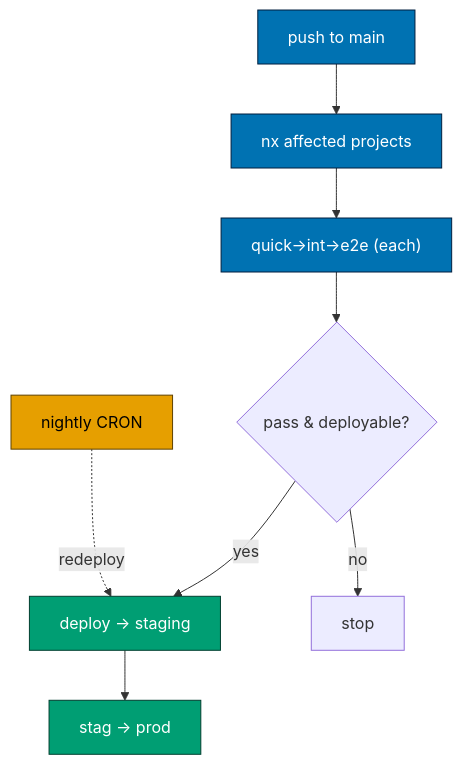
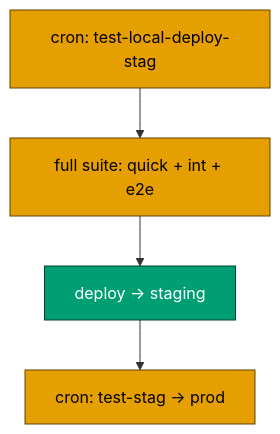
The third of 8 diagrams in plans/in-progress/standardize-rhino-cli-sdlc-parity/tech-docs.md (wahidyankf/baseerah), drawn with Mermaid before and after one commit. The commit also changed other lines of this file and 4 other files, not shown here.

````diff
--- a/plans/in-progress/standardize-rhino-cli-sdlc-parity/tech-docs.md
+++ b/plans/in-progress/standardize-rhino-cli-sdlc-parity/tech-docs.md
@@ -381,17 +472,11 @@
 ```mermaid
 flowchart TD
-    M[push to main] --> AF[nx affected projects]
-    AF --> J["quick→int→e2e (each)"]
-    J --> D{pass & deployable?}
-    D -- yes --> S[deploy → staging]
-    D -- no --> X[stop]
-    CR[nightly CRON] -.redeploy.-> S
-    S --> PR2[stag → prod]
+    CR["cron: test-local-deploy-stag"] --> FULL["full suite: quick + int + e2e"]
+    FULL --> S[deploy → staging]
+    S --> P["cron: test-stag → prod"]
 
-    classDef merge fill:#0072B2,color:#ffffff,stroke:#001f3f
+    classDef cron fill:#E69F00,color:#000000,stroke:#5f4200
     classDef deploy fill:#009E73,color:#ffffff,stroke:#003f2f
-    classDef cron fill:#E69F00,color:#000000,stroke:#5f4200
-    class M,AF,J merge
-    class S,PR2 deploy
-    class CR cron
+    class CR,FULL,P cron
+    class S deploy
 ```
````
